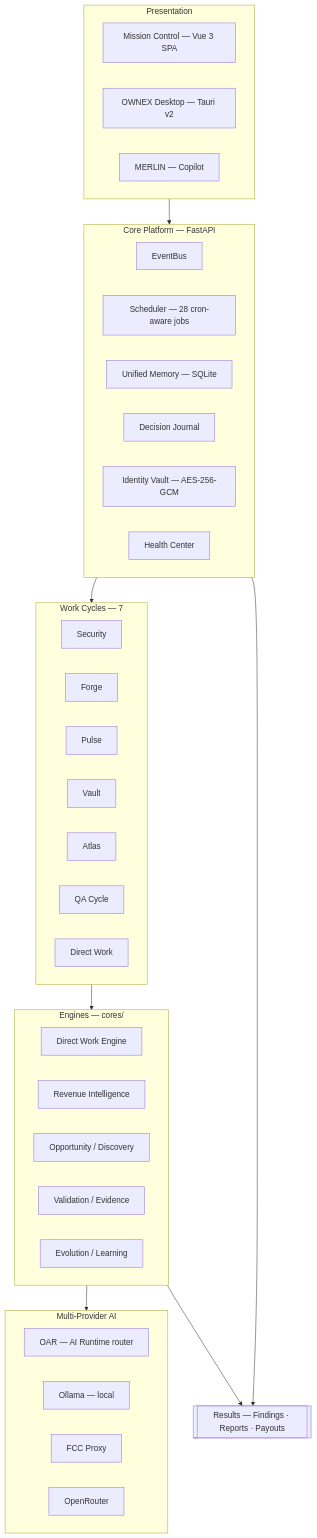
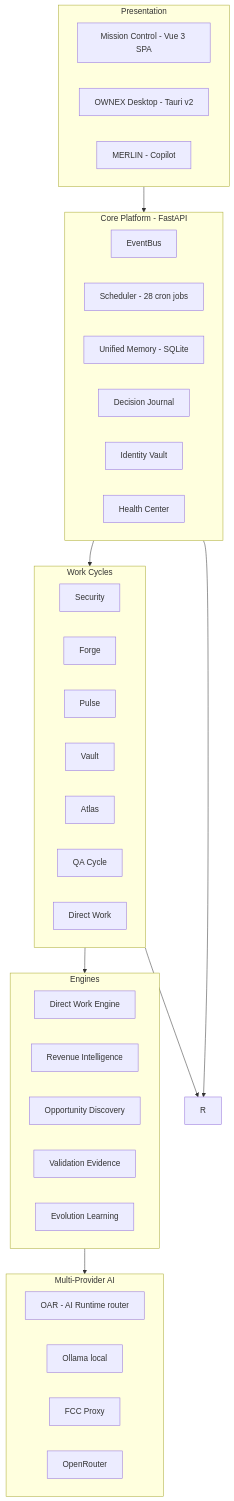
One commit to AdriDob/OWNEX changed the diagram in README.md. Above: the diagram before and after it, drawn with Mermaid. The commit also changed other lines of this file and 16 other files, not shown here.

````diff
--- a/README.md
+++ b/README.md
@@ -60,48 +63,49 @@
 ```mermaid
 flowchart TB
     subgraph SURFACE["Presentation"]
-        MC["Mission Control — Vue 3 SPA"]
-        DESK["OWNEX Desktop — Tauri v2"]
-        MERLIN["MERLIN — Copilot"]
+        MC["Mission Control - Vue 3 SPA"]
+        DESK["OWNEX Desktop - Tauri v2"]
+        MERLIN["MERLIN - Copilot"]
     end
 
-    subgraph CORE["Core Platform — FastAPI"]
+    subgraph CORE["Core Platform - FastAPI"]
         EB["EventBus"]
-        SCH["Scheduler — 28 cron-aware jobs"]
-        UM["Unified Memory — SQLite"]
+        SCH["Scheduler - 28 cron jobs"]
+        UM["Unified Memory - SQLite"]
         DJ["Decision Journal"]
-        VAULT["Identity Vault — AES-256-GCM"]
+        VAULT["Identity Vault"]
         HC["Health Center"]
     end
 
-    subgraph CYCLES["Work Cycles — 7"]
+    subgraph CYCLES["Work Cycles"]
         SEC["Security"]
         FORGE["Forge"]
         PULSE["Pulse"]
         VAULT_C["Vault"]
         ATLAS["Atlas"]
         QA["QA Cycle"]
         DW["Direct Work"]
     end
 
-    subgraph ENGINES["Engines — cores/"]
+    subgraph ENGINES["Engines"]
         DWE["Direct Work Engine"]
         REV["Revenue Intelligence"]
-        OPP["Opportunity / Discovery"]
-        VAL["Validation / Evidence"]
-        EVO["Evolution / Learning"]
+        OPP["Opportunity Discovery"]
+        VAL["Validation Evidence"]
+        EVO["Evolution Learning"]
     end
 
     subgraph AI["Multi-Provider AI"]
-        RT["OAR — AI Runtime router"]
-        P1["Ollama — local"]
+        RT["OAR - AI Runtime router"]
+        P1["Ollama local"]
         P2["FCC Proxy"]
         P3["OpenRouter"]
     end
 
-    R[["Results — Findings · Reports · Payouts"]]
-
-    SURFACE --> CORE --> CYCLES --> ENGINES --> AI
-    ENGINES --> R
+    SURFACE --> CORE
+    CORE --> CYCLES
+    CYCLES --> ENGINES
+    ENGINES --> AI
+    CYCLES --> R
     CORE --> R
 ```
````
